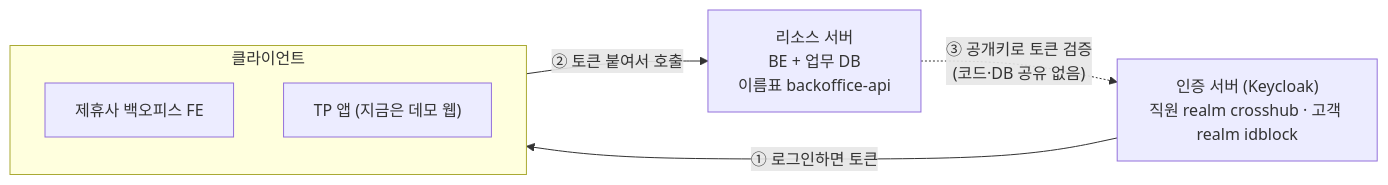
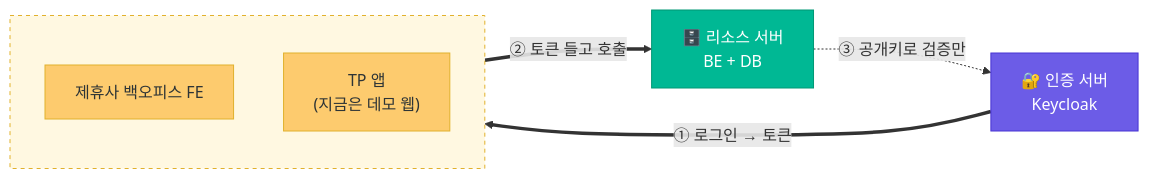
Before and after one commit to crosshub-poc-backoffice/travelpass-backoffice-BE: the first of 3 diagrams in docs/architecture-overview.md, drawn with Mermaid. The commit also changed other lines of this file, not shown here.

````diff
--- a/docs/architecture-overview.md
+++ b/docs/architecture-overview.md
@@ -14,14 +9,22 @@
 ```mermaid
 flowchart LR
-  KC["인증 서버 (Keycloak)<br/>직원 realm crosshub · 고객 realm idblock"]
-  subgraph C["클라이언트"]
+  KC["🔐 인증 서버<br/>Keycloak"]
+  subgraph C[" "]
     direction TB
     FE["제휴사 백오피스 FE"]
-    APP["TP 앱 (지금은 데모 웹)"]
+    APP["TP 앱<br/>(지금은 데모 웹)"]
   end
-  BE["리소스 서버<br/>BE + 업무 DB<br/>이름표 backoffice-api"]
+  BE["🗄️ 리소스 서버<br/>BE + DB"]
 
-  KC -- "① 로그인하면 토큰" --> C
-  C -- "② 토큰 붙여서 호출" --> BE
-  BE -. "③ 공개키로 토큰 검증<br/>(코드·DB 공유 없음)" .-> KC
+  KC == "① 로그인 → 토큰" ==> C
+  C == "② 토큰 들고 호출" ==> BE
+  BE -. "③ 공개키로 검증만" .-> KC
+
+  classDef auth fill:#6C5CE7,stroke:#4834d4,color:#fff
+  classDef app fill:#FDCB6E,stroke:#e1b12c,color:#2d3436
+  classDef rs fill:#00B894,stroke:#019875,color:#fff
+  class KC auth
+  class FE,APP app
+  class BE rs
+  style C fill:#fff8e1,stroke:#e1b12c,stroke-dasharray:4
 ```
````
